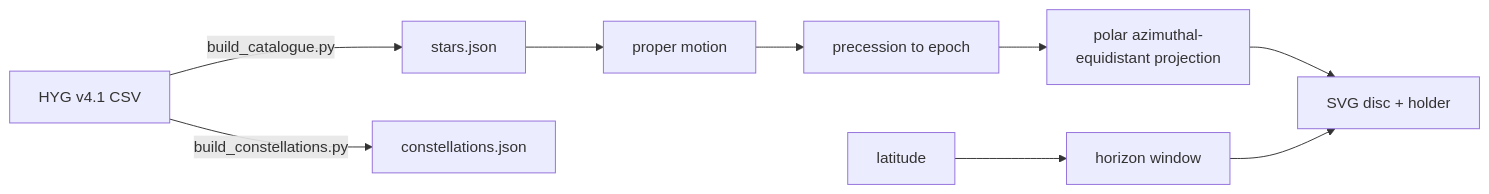
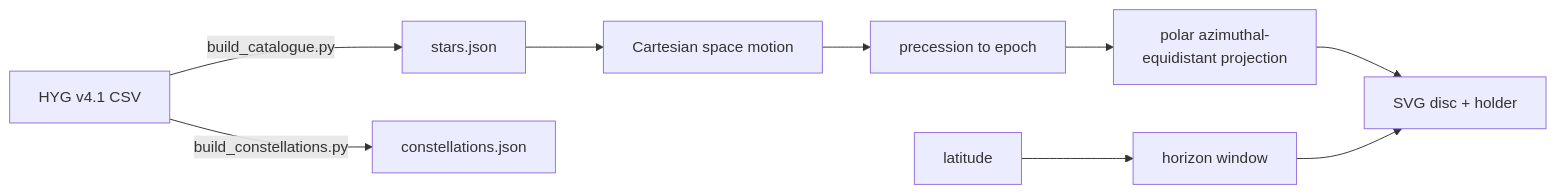
One commit to antonsoo/planisphere changed the diagram in README.md. Above: the diagram before and after it, drawn with Mermaid. The commit also changed other lines of this file and 16 other files, not shown here.

````diff
--- a/README.md
+++ b/README.md
@@ -69,11 +81,11 @@
 ```mermaid
 flowchart LR
     A[HYG v4.1 CSV] -->|build_catalogue.py| B[stars.json]
     A -->|build_constellations.py| C[constellations.json]
-    B --> D[proper motion]
+    B --> D[Cartesian space motion]
     D --> E[precession to epoch]
     E --> F[polar azimuthal-\nequidistant projection]
     F --> G[SVG disc + holder]
     H[latitude] --> I[horizon window]
     I --> G
 ```
````
